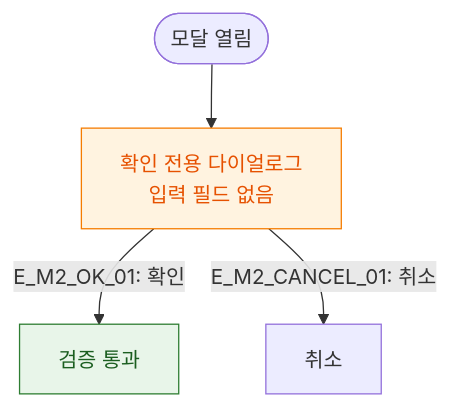
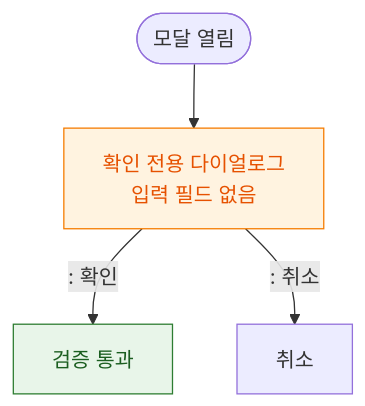
One commit to dev-spogym/admin-pando changed the diagram in docs/다이어그램/D06_시설관리/DLG/DLG-050-005_고장토글확인/M2_필드검증.md. Above: the diagram before and after it, drawn with Mermaid. The commit also changed other lines of this file and 1660 other files, not shown here.

First line of the commit message:
다이어그램: 기획자/클라이언트 납품본으로 정리

````diff
--- a/docs/다이어그램/D06_시설관리/DLG/DLG-050-005_고장토글확인/M2_필드검증.md
+++ b/docs/다이어그램/D06_시설관리/DLG/DLG-050-005_고장토글확인/M2_필드검증.md
@@ -16,11 +14,11 @@
 ```mermaid
 flowchart TD
     OPEN([모달 열림]) --> Confirm[확인 전용 다이얼로그\n입력 필드 없음]
-    Confirm -->|"E_M2_OK_01: 확인"| PASS[검증 통과]
-    Confirm -->|"E_M2_CANCEL_01: 취소"| CANCEL[취소]
+    Confirm -->|": 확인"|PASS[검증 통과]
+    Confirm -->|": 취소"|CANCEL[취소]
 
     classDef modal fill:#FFF3E0,stroke:#F57C00,color:#E65100
     classDef success fill:#E8F5E9,stroke:#2E7D32,color:#1B5E20
     class Confirm modal
     class PASS success
 ```
````
